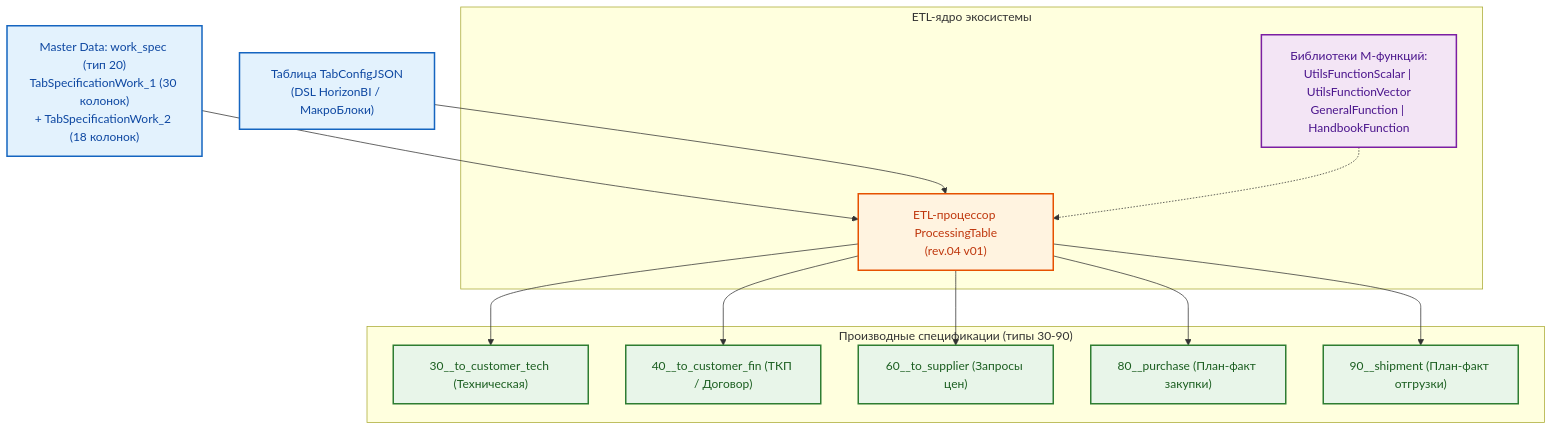
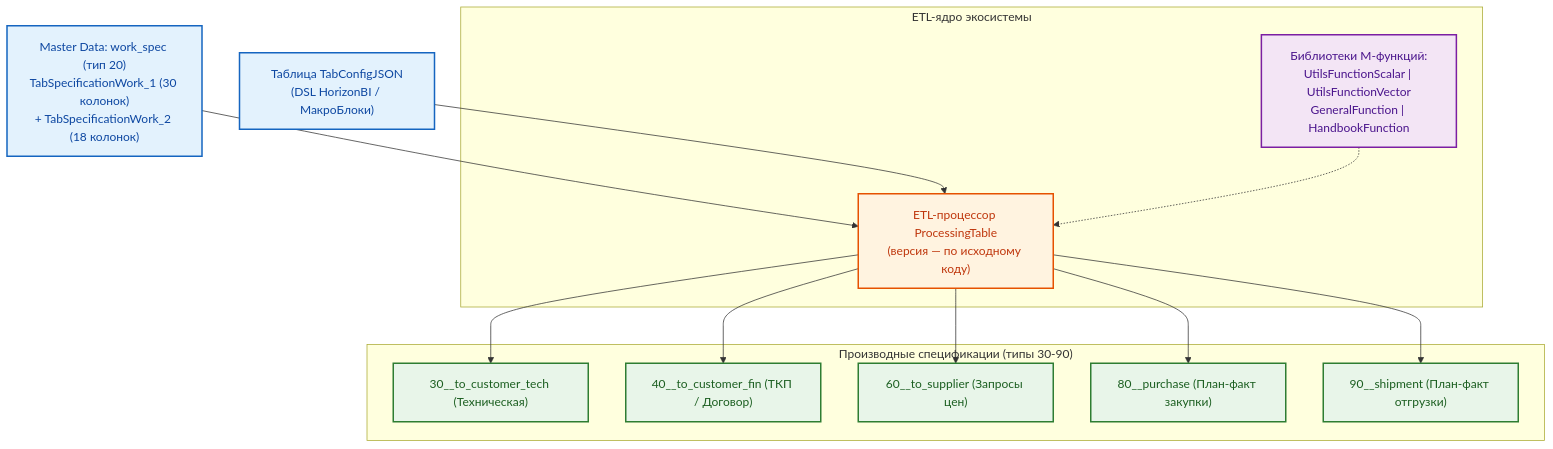
One commit to Konkery/Project-1_2026-N2-MAS changed the first of 2 diagrams in README.md. Above: the diagram before and after it, drawn with Mermaid. The commit also changed other lines of this file and 2 other files, not shown here.

````diff
--- a/README.md
+++ b/README.md
@@ -24,28 +24,28 @@
 ```mermaid
 flowchart TD
     classDef master fill:#E3F2FD,stroke:#1565C0,stroke-width:2px,color:#0D47A1;
     classDef etl fill:#FFF3E0,stroke:#E65100,stroke-width:2px,color:#BF360C;
     classDef deriv fill:#E8F5E9,stroke:#2E7D32,stroke-width:2px,color:#1B5E20;
     classDef lib fill:#F3E5F5,stroke:#7B1FA2,stroke-width:2px,color:#4A148C;
 
     Master["Master Data: work_spec (тип 20)<br/>TabSpecificationWork_1 (30 колонок)<br/>+ TabSpecificationWork_2 (18 колонок)"]:::master
     Config["Таблица TabConfigJSON<br/>(DSL HorizonBI / МакроБлоки)"]:::master
 
     subgraph CoreEngine ["ETL-ядро экосистемы"]
-        Processor["ETL-процессор ProcessingTable<br/>(rev.04 v01)"]:::etl
+        Processor["ETL-процессор ProcessingTable<br/>(версия — по исходному коду)"]:::etl
         Libs["Библиотеки M-функций:<br/>UtilsFunctionScalar | UtilsFunctionVector<br/>GeneralFunction | HandbookFunction"]:::lib
     end
 
     subgraph Outputs ["Производные спецификации (типы 30-90)"]
         CustTech["30__to_customer_tech (Техническая)"]:::deriv
         CustFin["40__to_customer_fin (ТКП / Договор)"]:::deriv
         Supplier["60__to_supplier (Запросы цен)"]:::deriv
         Purchase["80__purchase (План-факт закупки)"]:::deriv
         Shipment["90__shipment (План-факт отгрузки)"]:::deriv
     end
 
     Master --> Processor
     Config --> Processor
     Libs -.-> Processor
     Processor --> CustTech & CustFin & Supplier & Purchase & Shipment
 ```
````
